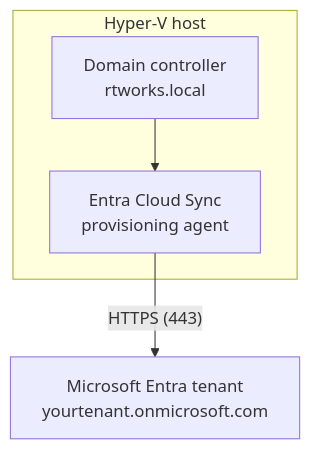
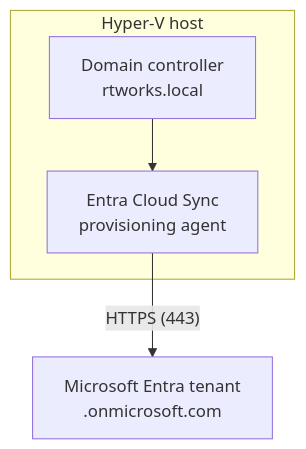
One commit to RashidT/entra-hybrid-identity-lab changed the diagram in README.md. Above: the diagram before and after it, drawn with Mermaid. The commit also changed other lines of this file and 1 other file, not shown here.

````diff
--- a/README.md
+++ b/README.md
@@ -56,9 +56,9 @@
 ```mermaid
 graph TD
     subgraph Host ["Hyper-V host"]
         AD["Domain controller<br/>rtworks.local"]
         Agent["Entra Cloud Sync<br/>provisioning agent"]
         AD --> Agent
     end
-    Agent -->|"HTTPS (443)"| Entra["Microsoft Entra tenant<br/>yourtenant.onmicrosoft.com"]
+    Agent -->|"HTTPS (443)"| Entra["Microsoft Entra tenant<br/><tenant>.onmicrosoft.com"]
 ```
````
